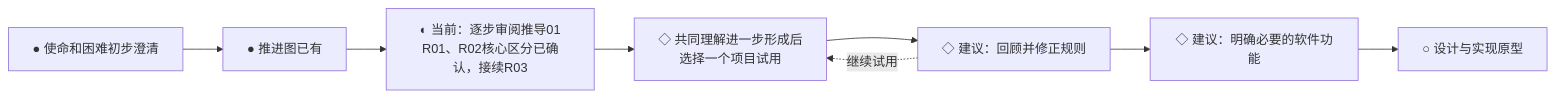
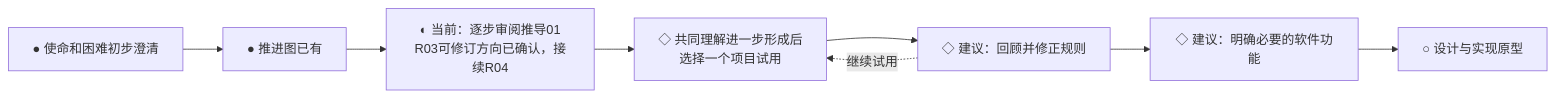
Before and after one commit to fangjiaqi2023-jpg/life-flywheel: the second of 2 diagrams in 项目/人生飞轮/项目推进图.md, drawn with Mermaid. The commit also changed other lines of this file, not shown here.

````diff
--- a/项目/人生飞轮/项目推进图.md
+++ b/项目/人生飞轮/项目推进图.md
@@ -38,10 +38,10 @@
 ```mermaid
 flowchart LR
     P0[● 使命和困难初步澄清] --> P1[● 推进图已有]
-    P1 --> P2[◐ 当前：逐步审阅推导01<br/>R01、R02核心区分已确认，接续R03]
+    P1 --> P2[◐ 当前：逐步审阅推导01<br/>R03可修订方向已确认，接续R04]
     P2 --> P3[◇ 共同理解进一步形成后<br/>选择一个项目试用]
     P3 --> P4[◇ 建议：回顾并修正规则]
     P4 --> P5[◇ 建议：明确必要的软件功能]
     P5 --> P6[○ 设计与实现原型]
     P4 -.继续试用.-> P3
 ```
````
